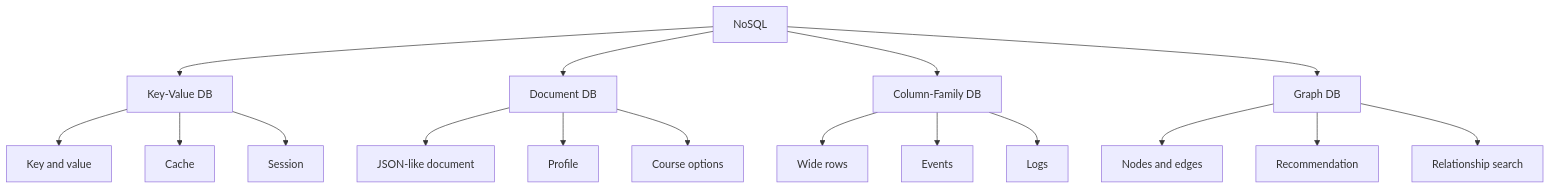
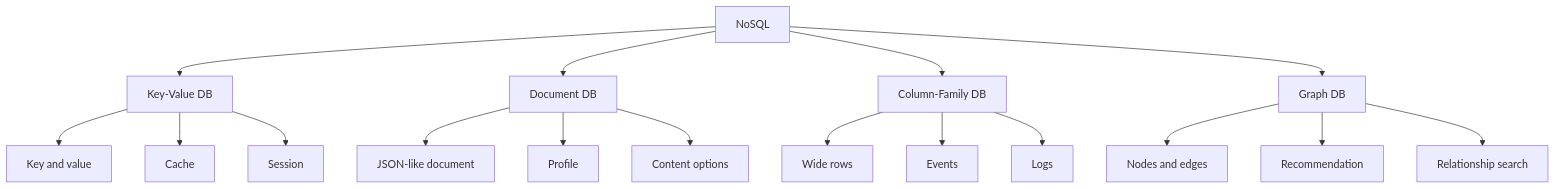
The diagram in images/chapter12/ch12_02_nosql_types_map.mmd (GilbertMoon/ai-database-book), drawn with Mermaid before and after one commit. The commit also changed 82 other files, not shown here.

```diff
--- a/images/chapter12/ch12_02_nosql_types_map.mmd
+++ b/images/chapter12/ch12_02_nosql_types_map.mmd
@@ -1,21 +1,21 @@
 flowchart TB
     A[NoSQL] --> B[Key-Value DB]
     A --> C[Document DB]
     A --> D[Column-Family DB]
     A --> E[Graph DB]
 
     B --> B1[Key and value]
     B --> B2[Cache]
     B --> B3[Session]
 
     C --> C1[JSON-like document]
     C --> C2[Profile]
-    C --> C3[Course options]
+    C --> C3[Content options]
 
     D --> D1[Wide rows]
     D --> D2[Events]
     D --> D3[Logs]
 
     E --> E1[Nodes and edges]
     E --> E2[Recommendation]
     E --> E3[Relationship search]
```
